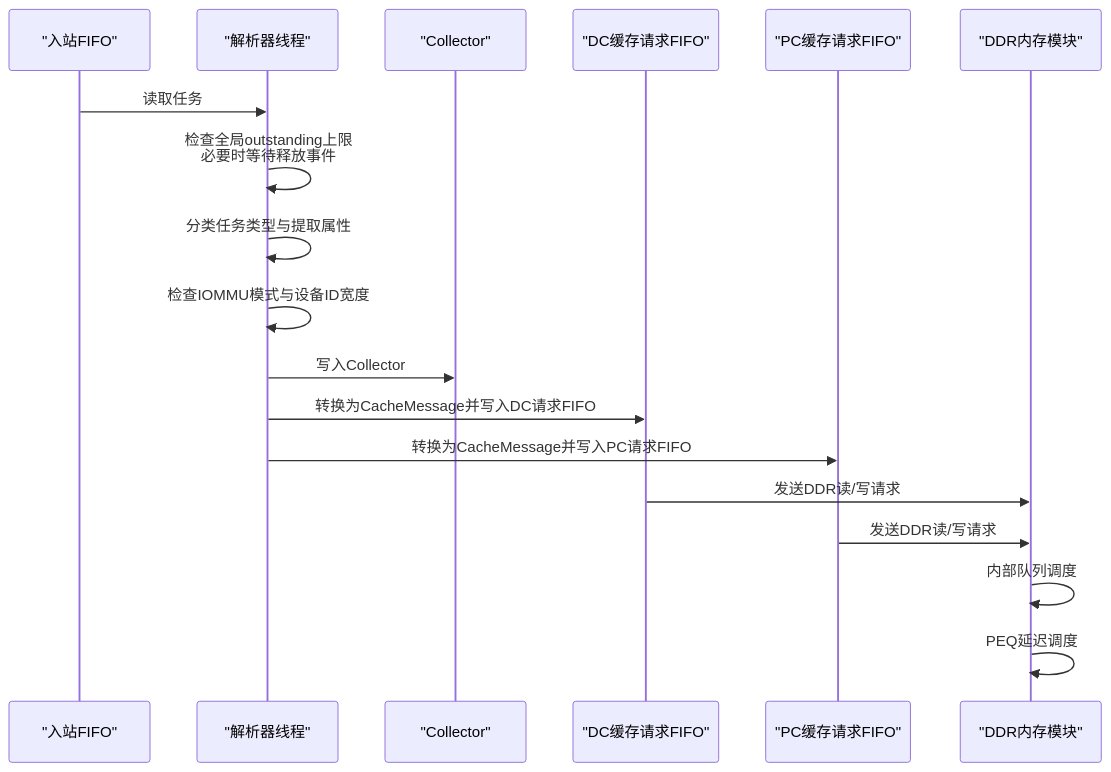
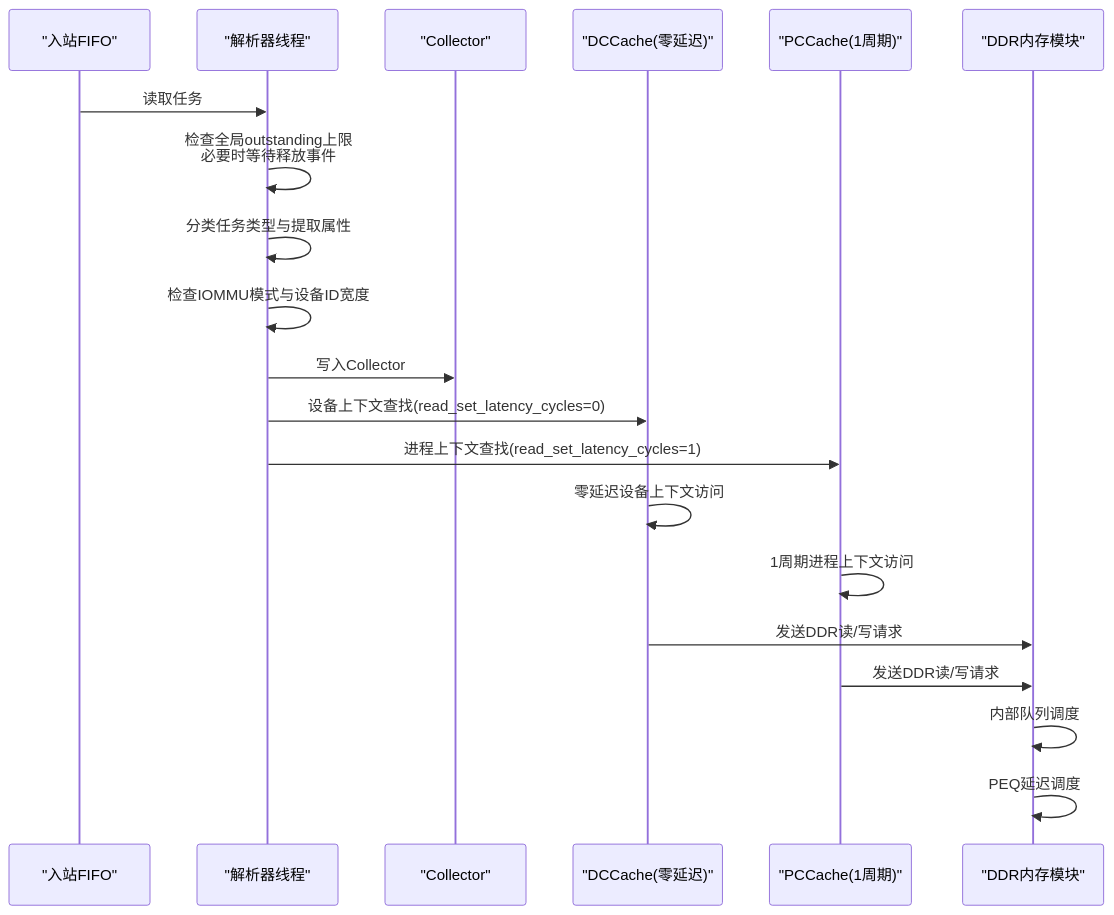
Before and after one commit to jiangjiang1122/iommu_model_20260401_v1: the second of 6 diagrams in .qoder/repowiki/zh/content/性能模型/性能参数配置.md, drawn with Mermaid. The commit also changed other lines of this file and 159 other files, not shown here.

Commit message:
chore: 更新知识库文档 + 新增PTW并发分析图表与数据文件

````diff
--- a/.qoder/repowiki/zh/content/性能模型/性能参数配置.md
+++ b/.qoder/repowiki/zh/content/性能模型/性能参数配置.md
@@ -163,20 +155,22 @@
 ```mermaid
 sequenceDiagram
 participant IN as "入站FIFO"
 participant PR as "解析器线程"
 participant CL as "Collector"
-participant DC as "DC缓存请求FIFO"
-participant PC as "PC缓存请求FIFO"
+participant DC as "DCCache(零延迟)"
+participant PC as "PCCache(1周期)"
 participant DDR as "DDR内存模块"
 IN->>PR : 读取任务
 PR->>PR : 检查全局outstanding上限<br/>必要时等待释放事件
 PR->>PR : 分类任务类型与提取属性
 PR->>PR : 检查IOMMU模式与设备ID宽度
 PR->>CL : 写入Collector
-PR->>DC : 转换为CacheMessage并写入DC请求FIFO
-PR->>PC : 转换为CacheMessage并写入PC请求FIFO
+PR->>DC : 设备上下文查找(read_set_latency_cycles=0)
+PR->>PC : 进程上下文查找(read_set_latency_cycles=1)
+DC->>DC : 零延迟设备上下文访问
+PC->>PC : 1周期进程上下文访问
 DC->>DDR : 发送DDR读/写请求
 PC->>DDR : 发送DDR读/写请求
 DDR->>DDR : 内部队列调度
 DDR->>DDR : PEQ延迟调度
 ```
````
